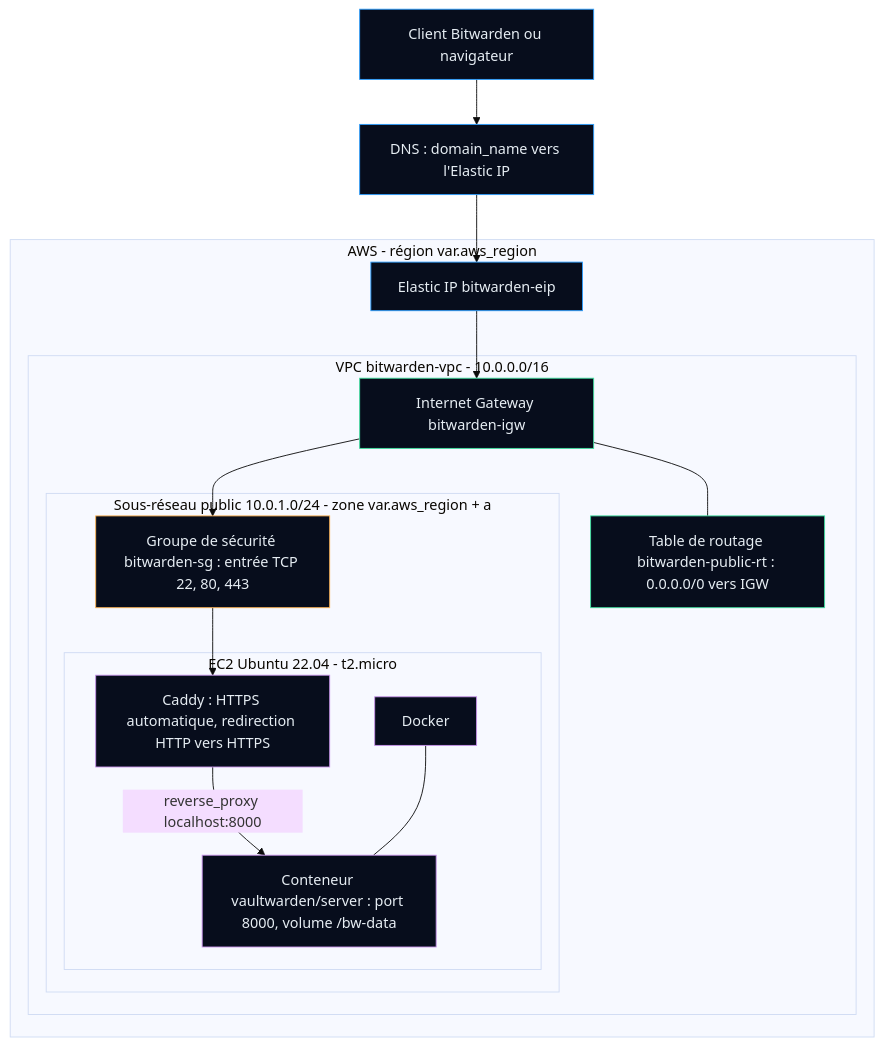
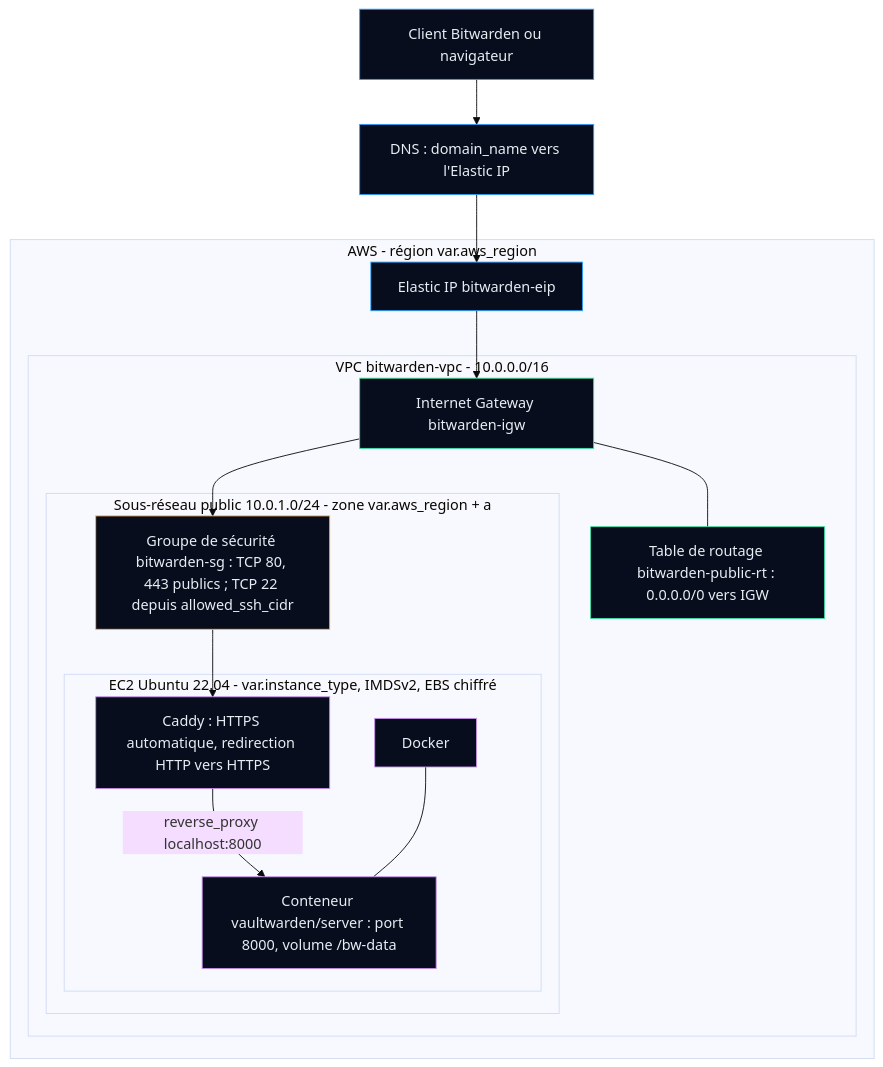
The diagram in AWS-Scripts-Terraform/Scripts-Déploiement-Vaultwarden/README.md (Bazeeza/AutomationHub), drawn with Mermaid (base theme) before and after one commit. The commit also changed other lines of this file, not shown here.

````diff
--- a/AWS-Scripts-Terraform/Scripts-Déploiement-Vaultwarden/README.md
+++ b/AWS-Scripts-Terraform/Scripts-Déploiement-Vaultwarden/README.md
@@ -69,36 +80,36 @@
 ```mermaid
 flowchart TB
     user["Client Bitwarden ou navigateur"]
     dns["DNS : domain_name vers l'Elastic IP"]
 
     subgraph aws["AWS - région var.aws_region"]
         eip["Elastic IP bitwarden-eip"]
         subgraph vpc["VPC bitwarden-vpc - 10.0.0.0/16"]
             igw["Internet Gateway bitwarden-igw"]
             rt["Table de routage bitwarden-public-rt : 0.0.0.0/0 vers IGW"]
             subgraph subnet["Sous-réseau public 10.0.1.0/24 - zone var.aws_region + a"]
-                sg["Groupe de sécurité bitwarden-sg : entrée TCP 22, 80, 443"]
-                subgraph ec2["EC2 Ubuntu 22.04 - t2.micro"]
+                sg["Groupe de sécurité bitwarden-sg : TCP 80, 443 publics ; TCP 22 depuis allowed_ssh_cidr"]
+                subgraph ec2["EC2 Ubuntu 22.04 - var.instance_type, IMDSv2, EBS chiffré"]
                     caddy["Caddy : HTTPS automatique, redirection HTTP vers HTTPS"]
                     docker["Docker"]
                     vw["Conteneur vaultwarden/server : port 8000, volume /bw-data"]
                 end
             end
         end
     end
 
     user --> dns --> eip --> igw
     igw --- rt
     igw --> sg --> caddy
     caddy -->|"reverse_proxy localhost:8000"| vw
     docker --- vw
 
     classDef ext fill:#070d1c,stroke:#2b9dff,color:#e6edf3
     classDef net fill:#070d1c,stroke:#3fe0a0,color:#e6edf3
     classDef sec fill:#070d1c,stroke:#ffb454,color:#e6edf3
     classDef app fill:#070d1c,stroke:#c792ea,color:#e6edf3
     class user,dns,eip ext
     class igw,rt net
     class sg sec
     class caddy,docker,vw app
 ```
````
